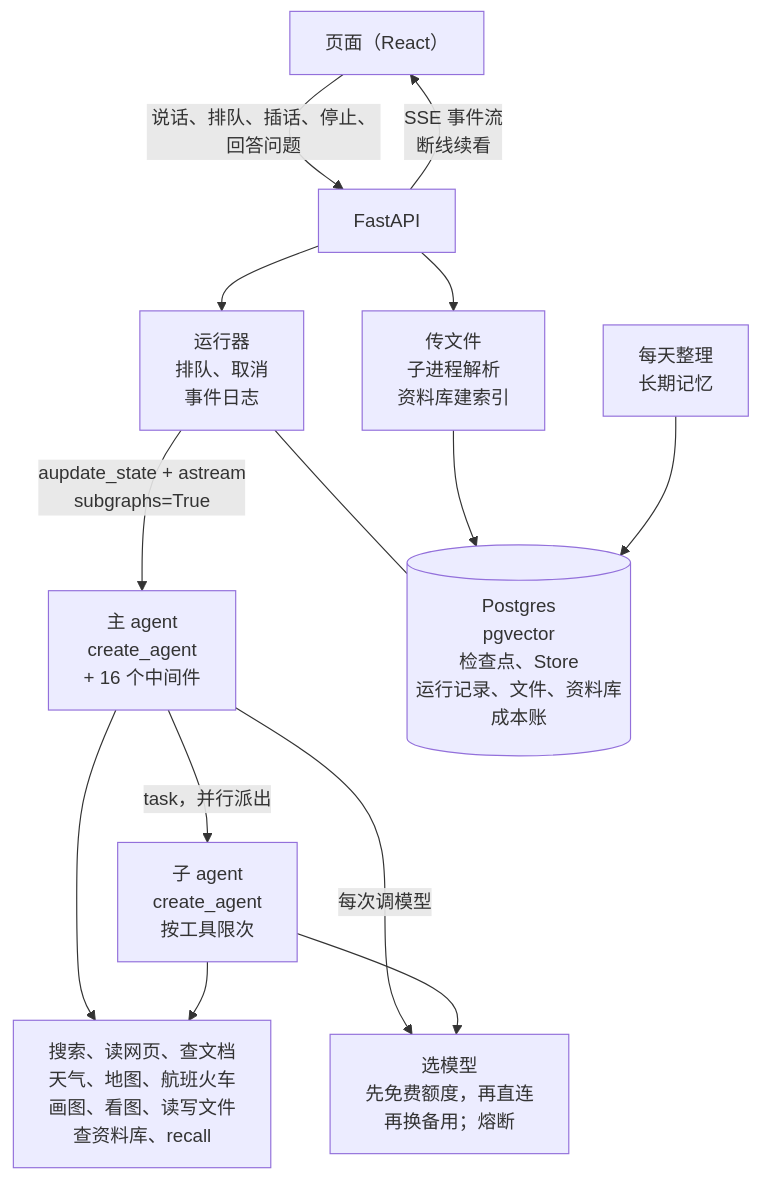
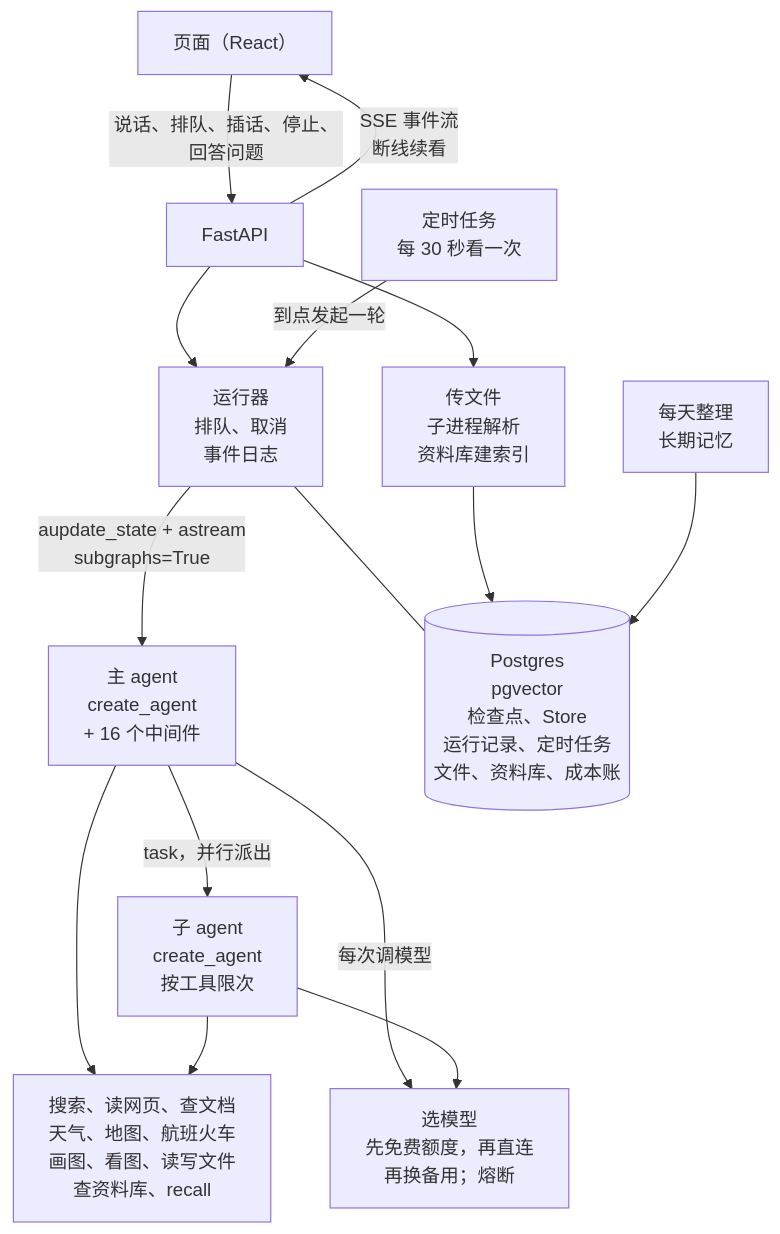
Before and after one commit to zqf20096327/dbhub_collect: the diagram in data/readmes/HyxiaoGe__LingDraft.md, drawn with Mermaid. The commit also changed other lines of this file and 703 other files, not shown here.

````diff
--- a/data/readmes/HyxiaoGe__LingDraft.md
+++ b/data/readmes/HyxiaoGe__LingDraft.md
@@ -18,17 +18,18 @@
 ```mermaid
 %%{init: {"flowchart": {"wrappingWidth": 400}}}%%
 flowchart TB
     UI["页面（React）"] -- "说话、排队、插话、停止、回答问题" --> API["FastAPI"]
     API -- "SSE 事件流<br/>断线续看" --> UI
     API --> Runner["运行器<br/>排队、取消<br/>事件日志"]
     API --> Parse["传文件<br/>子进程解析<br/>资料库建索引"]
     Runner -- "aupdate_state + astream<br/>subgraphs=True" --> Main["主 agent<br/>create_agent<br/>+ 16 个中间件"]
     Main -- "task，并行派出" --> Sub["子 agent<br/>create_agent<br/>按工具限次"]
     Main --> Tools["搜索、读网页、查文档<br/>天气、地图、航班火车<br/>画图、看图、读写文件<br/>查资料库、recall"]
     Sub --> Tools
     Main -- "每次调模型" --> Models["选模型<br/>先免费额度，再直连<br/>再换备用；熔断"]
     Sub --> Models
-    Runner --- PG[("Postgres<br/>pgvector<br/>检查点、Store<br/>运行记录、文件、资料库<br/>成本账")]
+    Sched["定时任务<br/>每 30 秒看一次"] -- "到点发起一轮" --> Runner
+    Runner --- PG[("Postgres<br/>pgvector<br/>检查点、Store<br/>运行记录、定时任务<br/>文件、资料库、成本账")]
     Parse --> PG
     Dream["每天整理<br/>长期记忆"] --> PG
 ```
````
